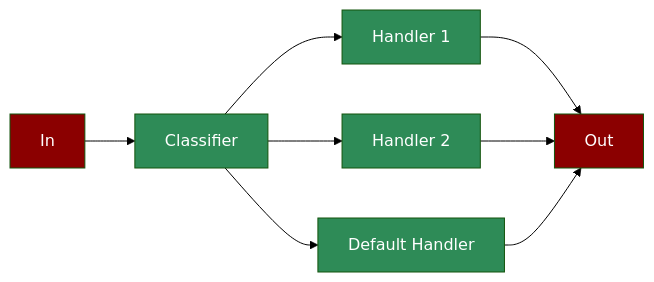
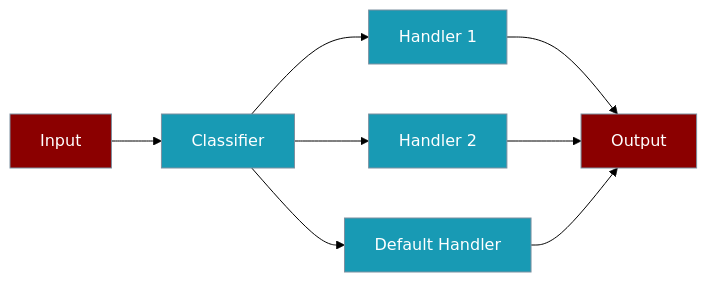
One commit to MervinPraison/PraisonAIDocs changed the diagram in docs/features/routing.mdx. Above: the diagram before and after it, drawn with Mermaid (forest theme). The commit also changed other lines of this file and 4 other files, not shown here.

````diff
--- a/docs/features/routing.mdx
+++ b/docs/features/routing.mdx
@@ -7,17 +34,16 @@
 ```mermaid
 flowchart LR
-    In[In] --> Router[Classifier]
-    Router --> LLM1[Handler 1]
-    Router --> LLM2[Handler 2]
-    Router --> LLM3[Default Handler]
-    LLM1 --> Out[Out]
-    LLM2 --> Out
-    LLM3 --> Out
-    
-    style In fill:#8B0000,color:#fff
-    style Router fill:#2E8B57,color:#fff
-    style LLM1 fill:#2E8B57,color:#fff
-    style LLM2 fill:#2E8B57,color:#fff
-    style LLM3 fill:#2E8B57,color:#fff
-    style Out fill:#8B0000,color:#fff
+    In[Input] --> Router[Classifier]
+    Router --> H1[Handler 1]
+    Router --> H2[Handler 2]
+    Router --> H3[Default Handler]
+    H1 --> Out[Output]
+    H2 --> Out
+    H3 --> Out
+
+    classDef agent fill:#8B0000,stroke:#7C90A0,color:#fff
+    classDef tool fill:#189AB4,stroke:#7C90A0,color:#fff
+
+    class In,Out agent
+    class Router,H1,H2,H3 tool
 ```
````
